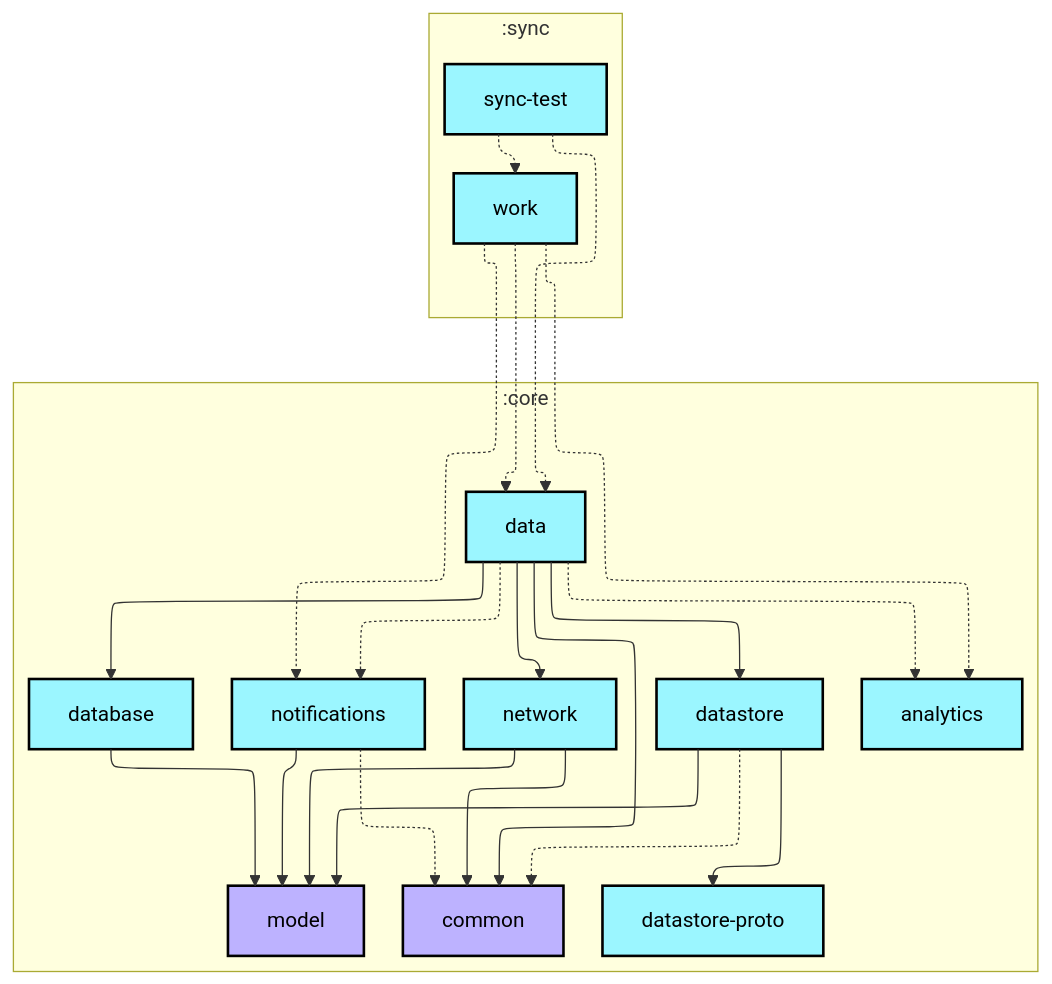
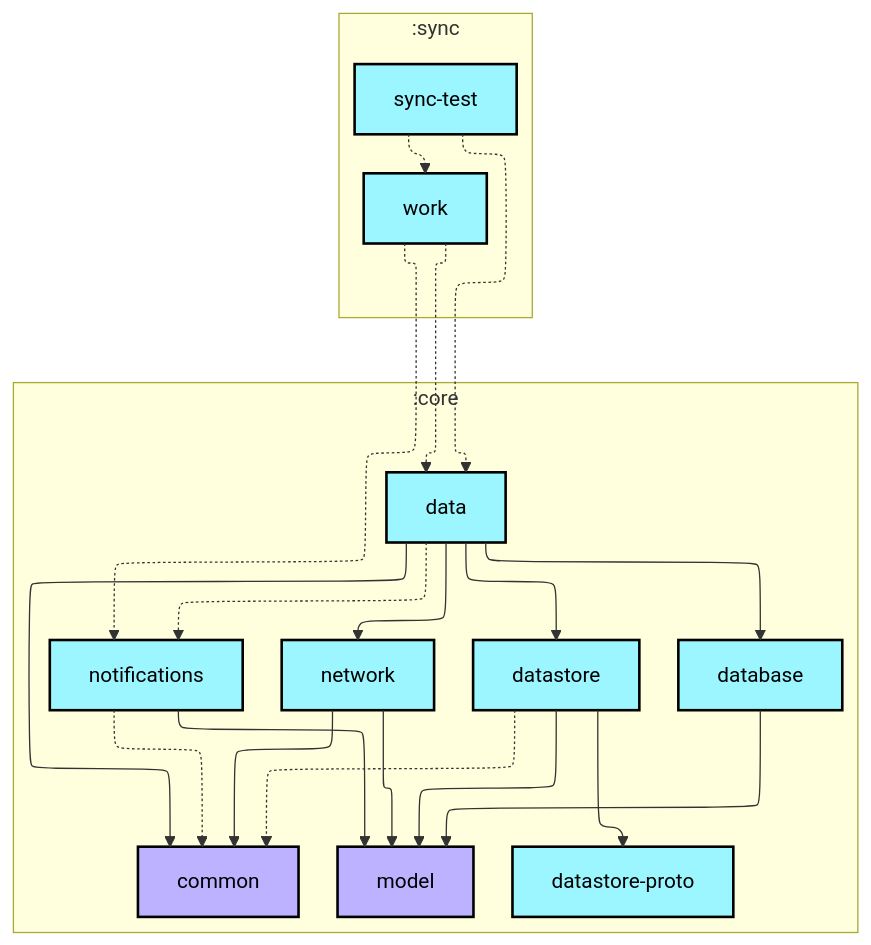
Before and after one commit to AshishMK/JetUpdates: the first of 2 diagrams in sync/sync-test/README.md, drawn with Mermaid. The commit also changed 15 other files, not shown here.

Commit message:
🤖 Updates graphs

````diff
--- a/sync/sync-test/README.md
+++ b/sync/sync-test/README.md
@@ -6,53 +6,50 @@
 ```mermaid
 ---
 config:
   layout: elk
   elk:
     nodePlacementStrategy: SIMPLE
 ---
 graph TB
   subgraph :core
     direction TB
-    :core:analytics[analytics]:::android-library
     :core:common[common]:::jvm-library
     :core:data[data]:::android-library
     :core:database[database]:::android-library
     :core:datastore[datastore]:::android-library
     :core:datastore-proto[datastore-proto]:::android-library
     :core:model[model]:::jvm-library
     :core:network[network]:::android-library
     :core:notifications[notifications]:::android-library
   end
   subgraph :sync
     direction TB
     :sync:sync-test[sync-test]:::android-library
     :sync:work[work]:::android-library
   end
 
-  :core:data -.-> :core:analytics
   :core:data --> :core:common
   :core:data --> :core:database
   :core:data --> :core:datastore
   :core:data --> :core:network
   :core:data -.-> :core:notifications
   :core:database --> :core:model
   :core:datastore -.-> :core:common
   :core:datastore --> :core:datastore-proto
   :core:datastore --> :core:model
   :core:network --> :core:common
   :core:network --> :core:model
   :core:notifications -.-> :core:common
   :core:notifications --> :core:model
   :sync:sync-test -.-> :core:data
   :sync:sync-test -.-> :sync:work
-  :sync:work -.-> :core:analytics
   :sync:work -.-> :core:data
   :sync:work -.-> :core:notifications
 
 classDef android-application fill:#CAFFBF,stroke:#000,stroke-width:2px,color:#000;
 classDef android-feature fill:#FFD6A5,stroke:#000,stroke-width:2px,color:#000;
 classDef android-library fill:#9BF6FF,stroke:#000,stroke-width:2px,color:#000;
 classDef android-test fill:#A0C4FF,stroke:#000,stroke-width:2px,color:#000;
 classDef jvm-library fill:#BDB2FF,stroke:#000,stroke-width:2px,color:#000;
 classDef unknown fill:#FFADAD,stroke:#000,stroke-width:2px,color:#000;
 ```
````
